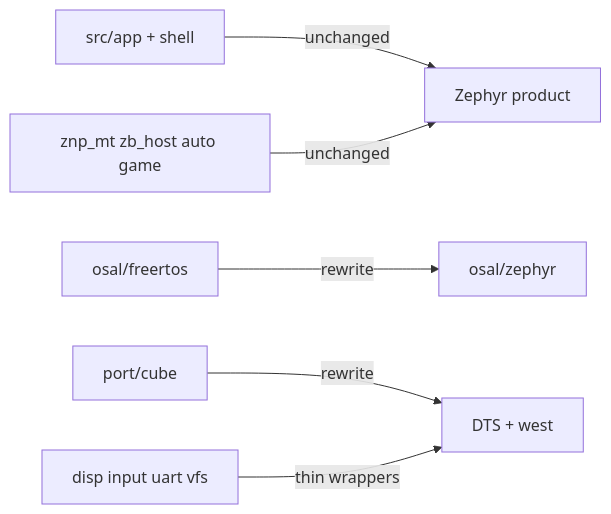
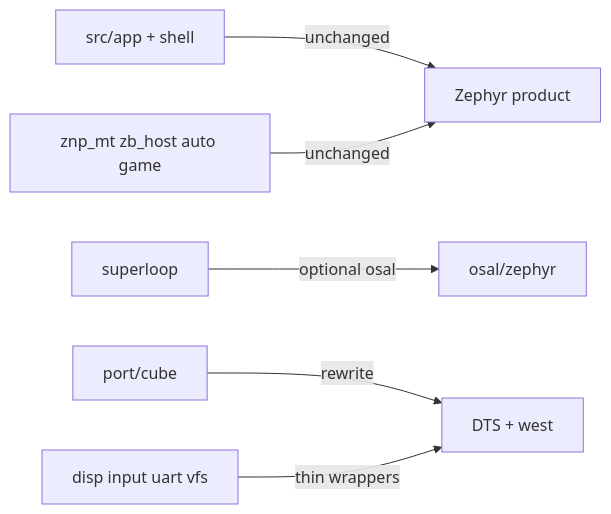
The ninth of 9 diagrams in doc/Architecture.md (vanbuong/stm32h745-disco), drawn with Mermaid before and after one commit. The commit also changed other lines of this file and 4 other files, not shown here.

````diff
--- a/doc/Architecture.md
+++ b/doc/Architecture.md
@@ -734,8 +734,8 @@
 ```mermaid
 flowchart LR
   A[src/app + shell] -->|unchanged| Z[Zephyr product]
-  B[osal/freertos] -->|rewrite| C[osal/zephyr]
+  B[superloop] -->|optional osal| C[osal/zephyr]
   D[port/cube] -->|rewrite| E[DTS + west]
   F[disp input uart vfs] -->|thin wrappers| E
   G[znp_mt zb_host auto game] -->|unchanged| Z
 ```
````
